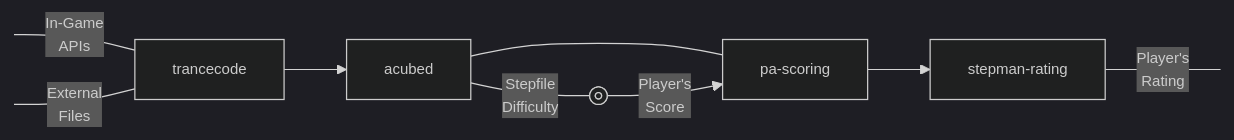
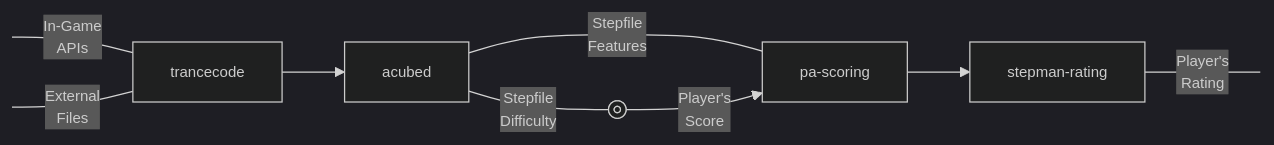
The diagram in profile/README.md (stepmanai/.github), drawn with Mermaid before and after one commit.

````diff
--- a/profile/README.md
+++ b/profile/README.md
@@ -63,36 +63,37 @@
 ```mermaid
 %%{
   init: {
     'theme': 'dark',
     'themeVariables': {
       'fontFamily': 'courier',
       'fontSize': '12px'
     }
   }
 }%%
 
 flowchart LR
 
 D1@{ label: "pa-scoring" } --> D@{ label: "stepman-rating" };
 D---|Player's
 Rating|E2[ ];
-C@{ label: "acubed" }---D1;
+C@{ label: "acubed" }---|"Stepfile
+Features"|D1;
 B --> C;
 A4[ ]---|"In-Game
 APIs"|B;
 A1[ ]---|"External
 Files"|B@{label: "trancecode" };
 C---|"Stepfile
 Difficulty"|F;
 F@{shape: framed-circle} -->|Player's
 Score|D1@{ label: "pa-scoring" };
 
 click B "https://github.com/stepmanai";
 click C "https://github.com/stepmanai";
 click D1 "https://github.com/stepmanai";
 click D "https://github.com/stepmanai";
 style A1 height:0px;
 style A4 height:0px;
 style E2 height:0px;
 
 ``` 
````
